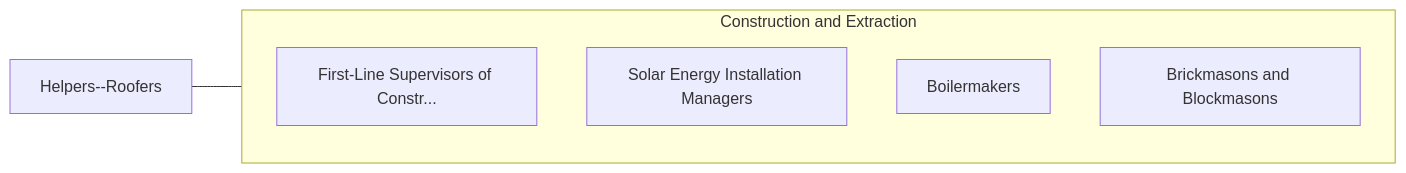
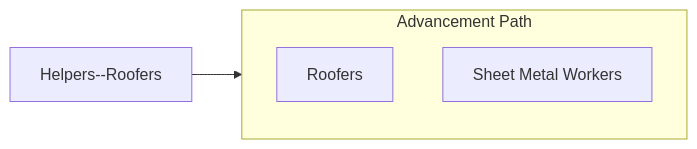
One commit to kziemski/business.org.ai changed the fourth of 4 diagrams in occupations/Construction/HelpersRoofers.mdx. Above: the diagram before and after it, drawn with Mermaid. The commit also changed other lines of this file and 938 other files, not shown here.

````diff
--- a/occupations/Construction/HelpersRoofers.mdx
+++ b/occupations/Construction/HelpersRoofers.mdx
@@ -101,13 +147,11 @@
 ```mermaid
 graph LR
     Current["Helpers--Roofers"]
 
-    subgraph SameCategory["Construction and Extraction"]
-        FirstLineSupervisors["First-Line Supervisors of Constr..."]
-        SolarEnergyInstallat["Solar Energy Installation Managers"]
-        Boilermakers["Boilermakers"]
-        BrickmasonsAndBlockm["Brickmasons and Blockmasons"]
+    subgraph Advancement["Advancement Path"]
+        Roofer["Roofers"]
+        SheetMetal["Sheet Metal Workers"]
     end
 
-    Current --- SameCategory
+    Current --> Advancement
 ```
````
